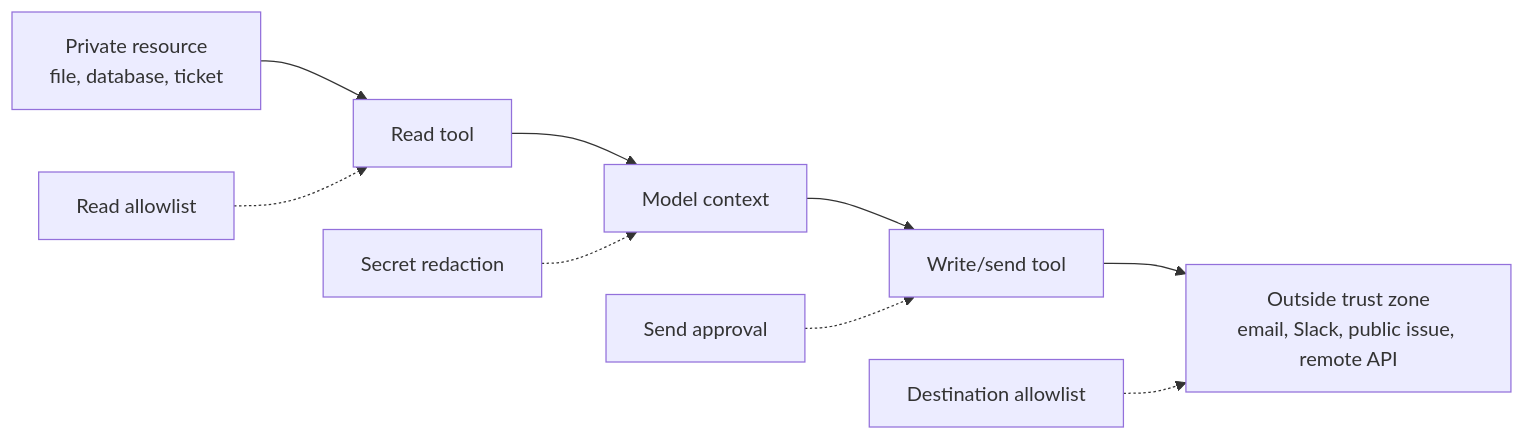
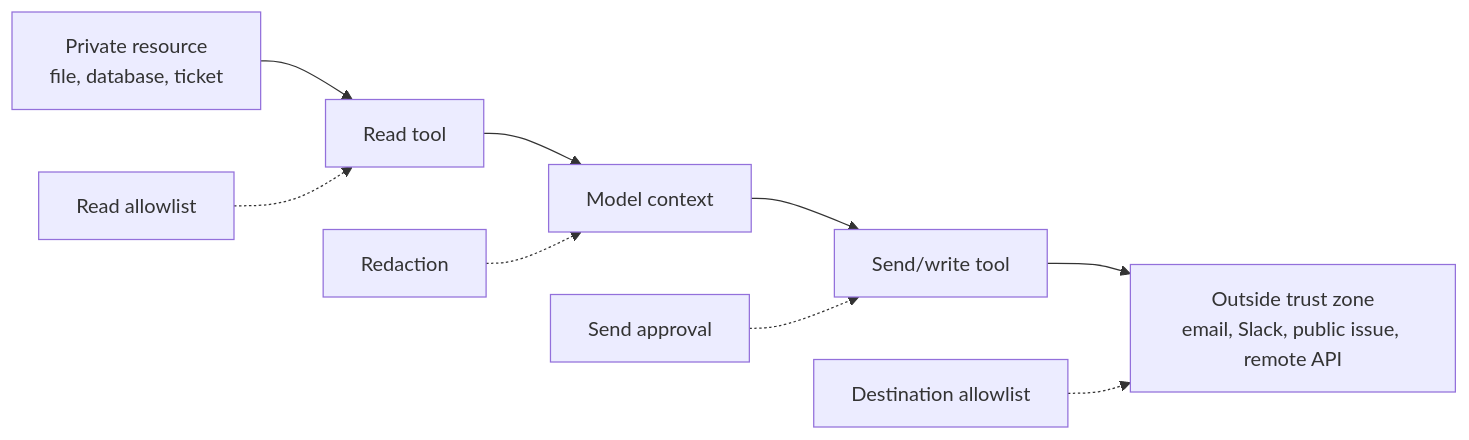
One commit to AceronX/ai-agent-roadmap changed the fourth of 5 diagrams in docs/stages/06-mcp/security-boundaries-conn-tool/index.md. Above: the diagram before and after it, drawn with Mermaid. The commit also changed other lines of this file, not shown here.

````diff
--- a/docs/stages/06-mcp/security-boundaries-conn-tool/index.md
+++ b/docs/stages/06-mcp/security-boundaries-conn-tool/index.md
@@ -322,12 +287,12 @@
 ```mermaid
 flowchart LR
     private["Private resource<br/>file, database, ticket"] --> readTool["Read tool"]
     readTool --> model["Model context"]
-    model --> writeTool["Write/send tool"]
-    writeTool --> outside["Outside trust zone<br/>email, Slack, public issue, remote API"]
+    model --> sendTool["Send/write tool"]
+    sendTool --> outside["Outside trust zone<br/>email, Slack, public issue, remote API"]
 
-    guard1["Read allowlist"] -.-> readTool
-    guard2["Secret redaction"] -.-> model
-    guard3["Send approval"] -.-> writeTool
-    guard4["Destination allowlist"] -.-> outside
+    readPolicy["Read allowlist"] -.-> readTool
+    redact["Redaction"] -.-> model
+    approval["Send approval"] -.-> sendTool
+    destination["Destination allowlist"] -.-> outside
 ```
````
